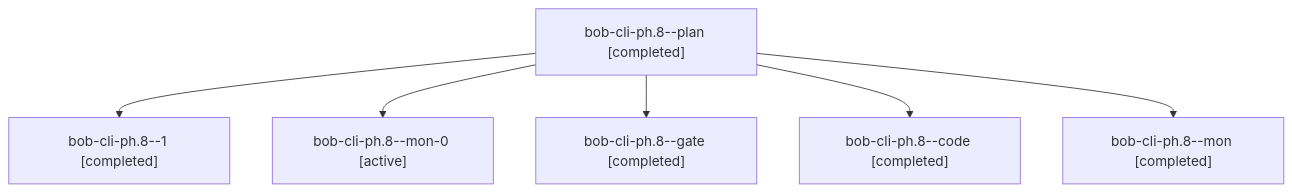
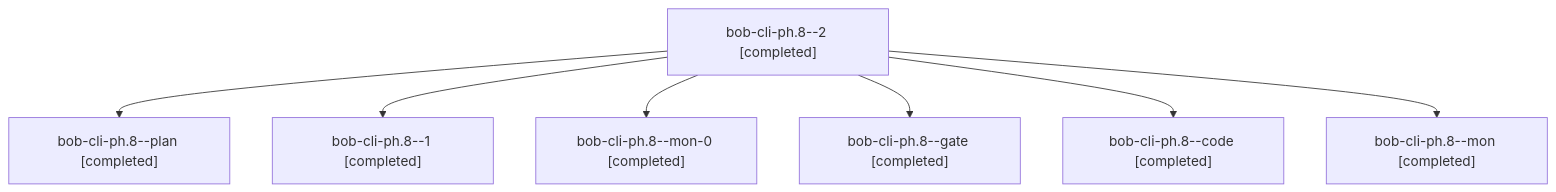
One commit to bobs-org/bob-cli--agents changed the diagram in sessions/bbugyi200.apollo.bob-cli-ph.8.md. Above: the diagram before and after it, drawn with Mermaid. The commit also changed other lines of this file and 122 other files, not shown here.

````diff
--- a/sessions/bbugyi200.apollo.bob-cli-ph.8.md
+++ b/sessions/bbugyi200.apollo.bob-cli-ph.8.md
@@ -9,14 +9,16 @@
 ```mermaid
 flowchart TD
-  n0["bob-cli-ph.8--plan [completed]"]
-  n1["bob-cli-ph.8--1 [completed]"]
+  n0["bob-cli-ph.8--2 [completed]"]
+  n1["bob-cli-ph.8--plan [completed]"]
   n0 --> n1
-  n2["bob-cli-ph.8--mon-0 [active]"]
+  n2["bob-cli-ph.8--1 [completed]"]
   n0 --> n2
-  n3["bob-cli-ph.8--gate [completed]"]
+  n3["bob-cli-ph.8--mon-0 [completed]"]
   n0 --> n3
-  n4["bob-cli-ph.8--code [completed]"]
+  n4["bob-cli-ph.8--gate [completed]"]
   n0 --> n4
-  n5["bob-cli-ph.8--mon [completed]"]
+  n5["bob-cli-ph.8--code [completed]"]
   n0 --> n5
+  n6["bob-cli-ph.8--mon [completed]"]
+  n0 --> n6
 ```
````
